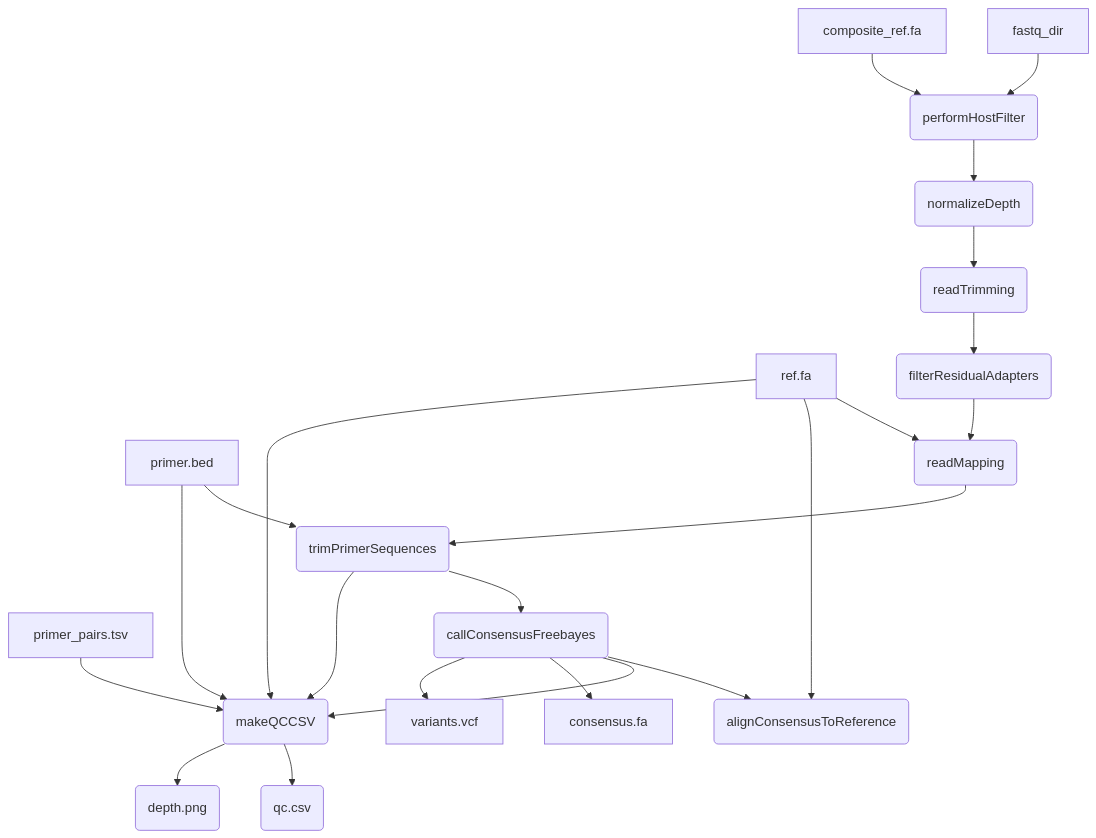
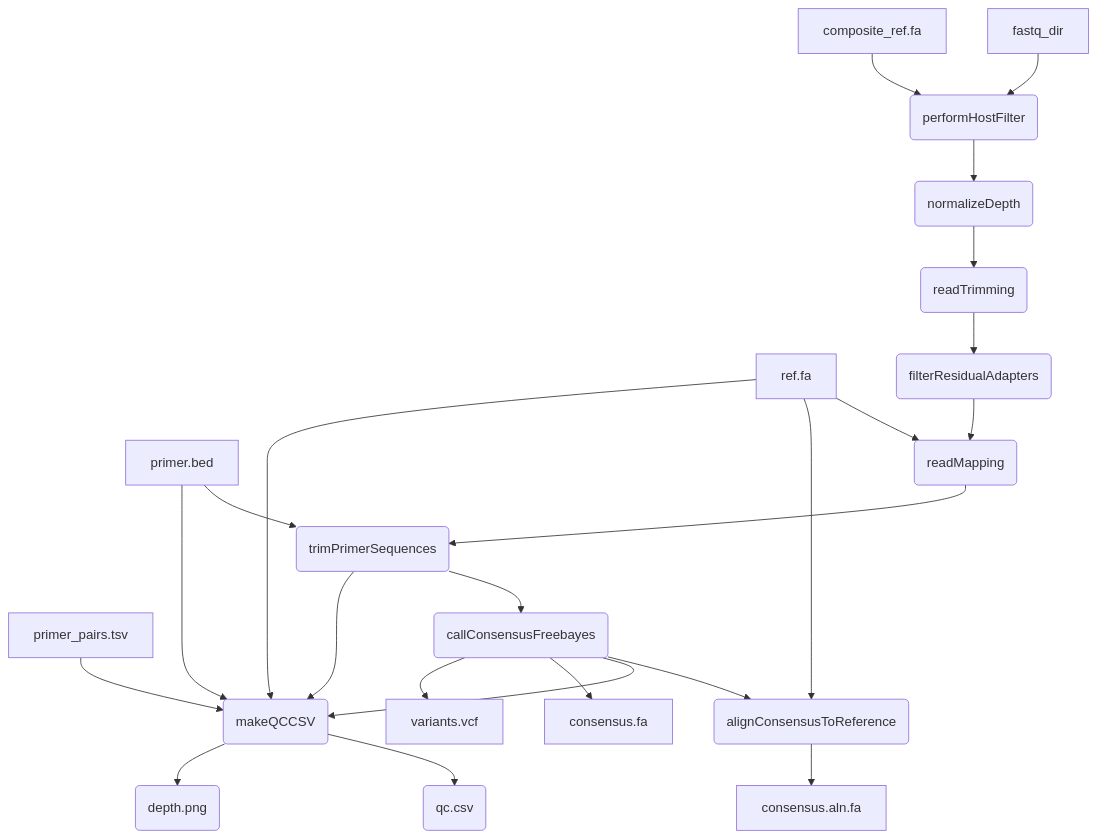
The diagram in README.md (BCCDC-PHL/mpxv-artic-nf), drawn with Mermaid before and after one commit.

````diff
--- a/README.md
+++ b/README.md
@@ -10,29 +10,30 @@
 ```mermaid
 flowchart TD
   ref[ref.fa]
   composite_ref[composite_ref.fa]
   primers[primer.bed]
   primer_pairs[primer_pairs.tsv]
   fastq[fastq_dir]
   fastq --> performHostFilter(performHostFilter)
   composite_ref --> performHostFilter
   performHostFilter(performHostFilter) --> normalizeDepth(normalizeDepth)
   readTrimming(readTrimming) --> filterResidualAdapters(filterResidualAdapters) 
   normalizeDepth(normalizeDepth) --> readTrimming(readTrimming)
   filterResidualAdapters --> readMapping(readMapping)
   ref --> readMapping(readMapping)
   readMapping(readMapping) --> trimPrimerSequences(trimPrimerSequences)
   primers --> trimPrimerSequences(trimPrimerSequences)
   trimPrimerSequences(trimPrimerSequences) --> callConsensusFreebayes(callConsensusFreebayes)
   callConsensusFreebayes(callConsensusFreebayes) --> alignConsensusToReference(alignConsensusToReference)
   ref --> alignConsensusToReference
+  alignConsensusToReference --> consensusAlignment[consensus.aln.fa]
   trimPrimerSequences --> makeQCCSV(makeQCCSV)
   callConsensusFreebayes --> makeQCCSV
   callConsensusFreebayes --> consensus[consensus.fa]
   callConsensusFreebayes --> variants[variants.vcf]
   ref --> makeQCCSV
   primers --> makeQCCSV
   primer_pairs --> makeQCCSV
   makeQCCSV --> qcCSV(qc.csv)
   makeQCCSV --> depthPNG(depth.png)
 ```
````
